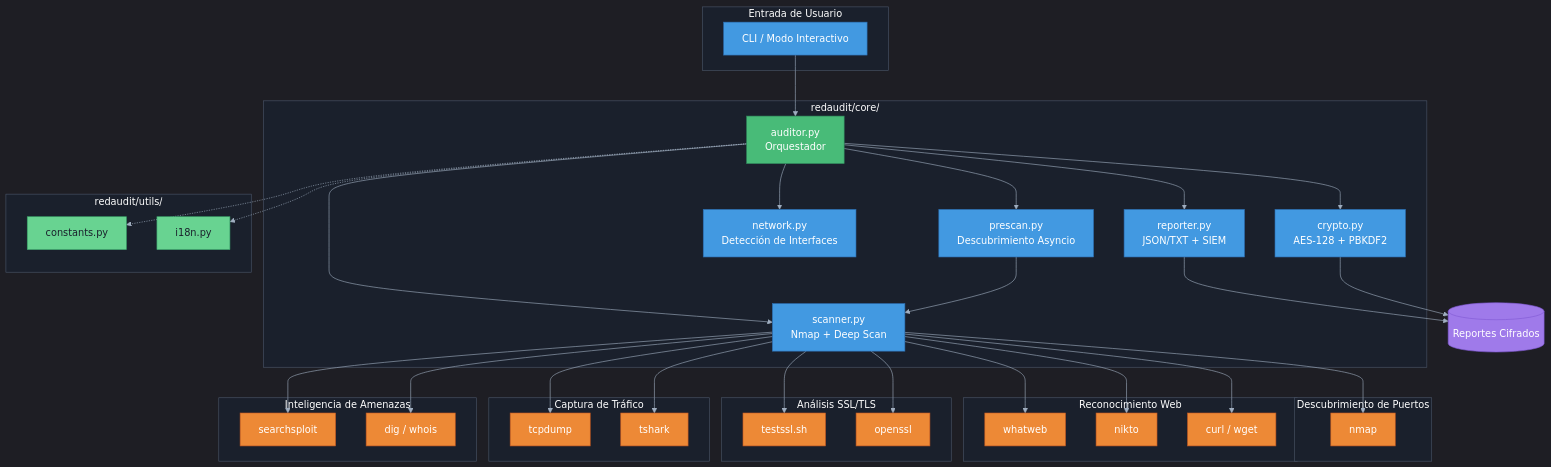
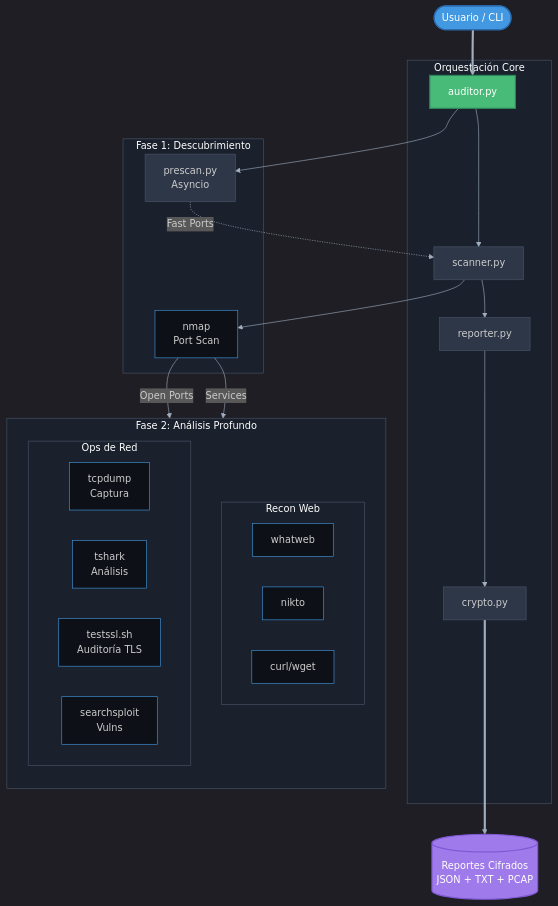
The diagram in README_ES.md (dorinbad/RedAudit), drawn with Mermaid before and after one commit. The commit also changed 2 other files, not shown here.

Commit message:
docs: Refactor the system overview diagram in READMEs and update the corresponding image.

````diff
--- a/README_ES.md
+++ b/README_ES.md
@@ -47,79 +47,61 @@
 ```mermaid
 %%{init: {'theme': 'dark', 'themeVariables': { 'primaryColor': '#1a365d', 'primaryTextColor': '#fff', 'primaryBorderColor': '#4299e1', 'lineColor': '#a0aec0', 'secondaryColor': '#2d3748', 'tertiaryColor': '#1a202c', 'background': '#0d1117', 'mainBkg': '#0d1117', 'nodeBorder': '#4299e1', 'clusterBkg': '#1a202c', 'clusterBorder': '#4a5568', 'titleColor': '#fff'}}}%%
 flowchart TB
-    subgraph Input["Entrada de Usuario"]
-        A["CLI / Modo Interactivo"]
+    %% Nodes
+    User([Usuario / CLI])
+    
+    subgraph Core ["Orquestación Core"]
+        Orchestrator[auditor.py]
+        Scanner[scanner.py]
+        Reporter[reporter.py]
+        Crypto[crypto.py]
     end
+
+    subgraph Phase1 ["Fase 1: Descubrimiento"]
+        Prescan[prescan.py<br/>Asyncio]
+        Nmap[nmap<br/>Port Scan]
+    end
+
+    subgraph Phase2 ["Fase 2: Análisis Profundo"]
+        direction TB
+        subgraph Web ["Recon Web"]
+            WhatWeb[whatweb]
+            Nikto[nikto]
+            Curl[curl/wget]
+        end
+        
+        subgraph Net ["Ops de Red"]
+            TcpDoes[tcpdump<br/>Captura]
+            Tshark[tshark<br/>Análisis]
+            TestSSL[testssl.sh<br/>Auditoría TLS]
+            Search[searchsploit<br/>Vulns]
+        end
+    end
+
+    Output[("Reportes Cifrados<br/>JSON + TXT + PCAP")]
+
+    %% Flow
+    User ==> Orchestrator
+    Orchestrator --> Prescan
+    Orchestrator --> Scanner
     
-    subgraph Core["redaudit/core/"]
-        B["auditor.py<br/>Orquestador"]
-        C["scanner.py<br/>Nmap + Deep Scan"]
-        C2["prescan.py<br/>Descubrimiento Asyncio"]
-        D["network.py<br/>Detección de Interfaces"]
-        E["reporter.py<br/>JSON/TXT + SIEM"]
-        F["crypto.py<br/>AES-128 + PBKDF2"]
-    end
+    Prescan -.->|Fast Ports| Scanner
+    Scanner --> Nmap
     
-    subgraph Utils["redaudit/utils/"]
-        G["constants.py"]
-        H["i18n.py"]
-    end
+    Nmap -->|Open Ports| Web
+    Nmap -->|Services| Net
+
+    Scanner --> Reporter
+    Reporter --> Crypto
+    Crypto ==> Output
+
+    %% Styling
+    style User fill:#4299e1,stroke:#2b6cb0,color:#fff,stroke-width:2px
+    style Orchestrator fill:#48bb78,stroke:#2f855a,color:#fff,stroke-width:2px
+    style Output fill:#9f7aea,stroke:#805ad5,color:#fff,stroke-width:2px
     
-    subgraph Scanning["Descubrimiento de Puertos"]
-        I["nmap"]
-    end
-    
-    subgraph WebAudit["Reconocimiento Web"]
-        J["whatweb"]
-        K["nikto"]
-        L["curl / wget"]
-    end
-    
-    subgraph SSL["Análisis SSL/TLS"]
-        M["testssl.sh"]
-        N["openssl"]
-    end
-    
-    subgraph Traffic["Captura de Tráfico"]
-        O["tcpdump"]
-        P["tshark"]
-    end
-    
-    subgraph Intel["Inteligencia de Amenazas"]
-        Q["searchsploit"]
-        R["dig / whois"]
-    end
-    
-    A --> B
-    B --> C & C2 & D & E & F
-    B -.-> G & H
-    C2 --> C
-    C --> I
-    C --> J & K & L
-    C --> M & N
-    C --> O & P
-    C --> Q & R
-    E --> Output[("Reportes Cifrados")]
-    F --> Output
-
-    style A fill:#4299e1,stroke:#2b6cb0,color:#fff
-    style B fill:#48bb78,stroke:#2f855a,color:#fff
-    style C fill:#4299e1,stroke:#2b6cb0,color:#fff
-    style C2 fill:#4299e1,stroke:#2b6cb0,color:#fff
-    style D fill:#4299e1,stroke:#2b6cb0,color:#fff
-    style E fill:#4299e1,stroke:#2b6cb0,color:#fff
-    style F fill:#4299e1,stroke:#2b6cb0,color:#fff
-    style G fill:#68d391,stroke:#38a169,color:#1a202c
-    style H fill:#68d391,stroke:#38a169,color:#1a202c
-    style I fill:#ed8936,stroke:#c05621,color:#fff
-    style J fill:#ed8936,stroke:#c05621,color:#fff
-    style K fill:#ed8936,stroke:#c05621,color:#fff
-    style L fill:#ed8936,stroke:#c05621,color:#fff
-    style M fill:#ed8936,stroke:#c05621,color:#fff
-    style N fill:#ed8936,stroke:#c05621,color:#fff
-    style O fill:#ed8936,stroke:#c05621,color:#fff
-    style P fill:#ed8936,stroke:#c05621,color:#fff
-    style Q fill:#ed8936,stroke:#c05621,color:#fff
-    style R fill:#ed8936,stroke:#c05621,color:#fff
-    style Output fill:#9f7aea,stroke:#805ad5,color:#fff
+    style Scanner fill:#2d3748,stroke:#4a5568
+    style Prescan fill:#2d3748,stroke:#4a5568
+    style Reporter fill:#2d3748,stroke:#4a5568
+    style Crypto fill:#2d3748,stroke:#4a5568
 ```
````
